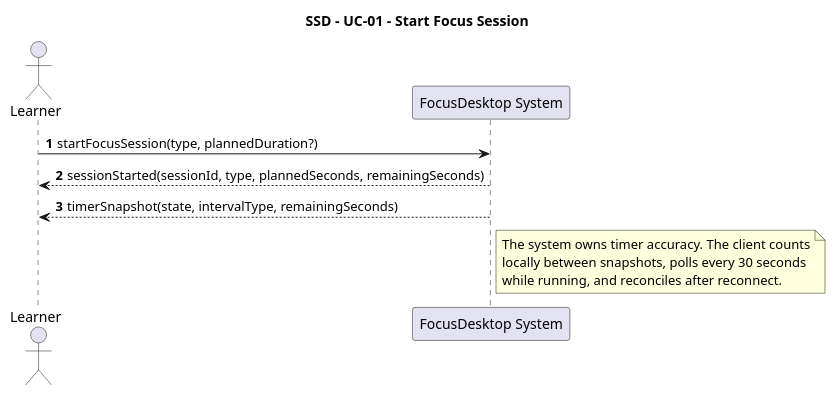
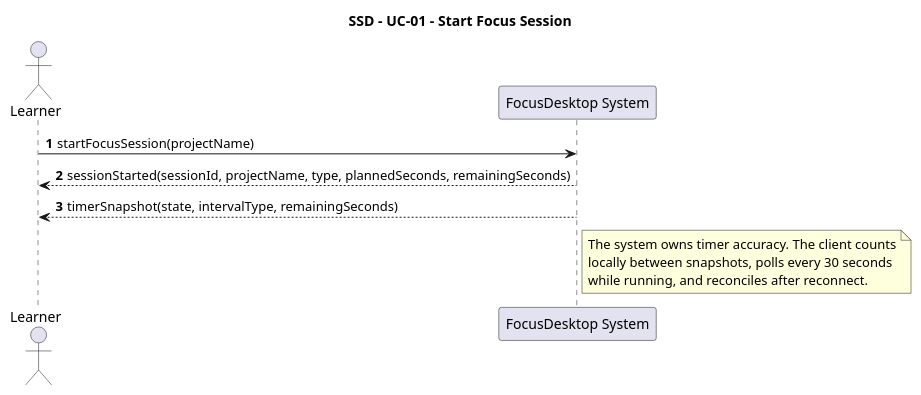
Before and after one commit to MiguelRibeiro1210/Focus-and-Study-Tracking: the diagram in docs/SSD/SSD_StartSession.puml, drawn with PlantUML. The commit also changed 16 other files, not shown here.

First line of the commit message:
docs: document session project names and history query design

```diff
--- a/docs/SSD/SSD_StartSession.puml
+++ b/docs/SSD/SSD_StartSession.puml
@@ -1,18 +1,18 @@
 @startuml
 title SSD - UC-01 - Start Focus Session
 
 autonumber
 actor Learner
 participant "FocusDesktop System" as System
 
-Learner -> System : startFocusSession(type, plannedDuration?)
-System --> Learner : sessionStarted(sessionId, type, plannedSeconds, remainingSeconds)
+Learner -> System : startFocusSession(projectName)
+System --> Learner : sessionStarted(sessionId, projectName, type, plannedSeconds, remainingSeconds)
 System --> Learner : timerSnapshot(state, intervalType, remainingSeconds)
 
 note right of System
   The system owns timer accuracy. The client counts
   locally between snapshots, polls every 30 seconds
   while running, and reconciles after reconnect.
 end note
 
 @enduml
```
